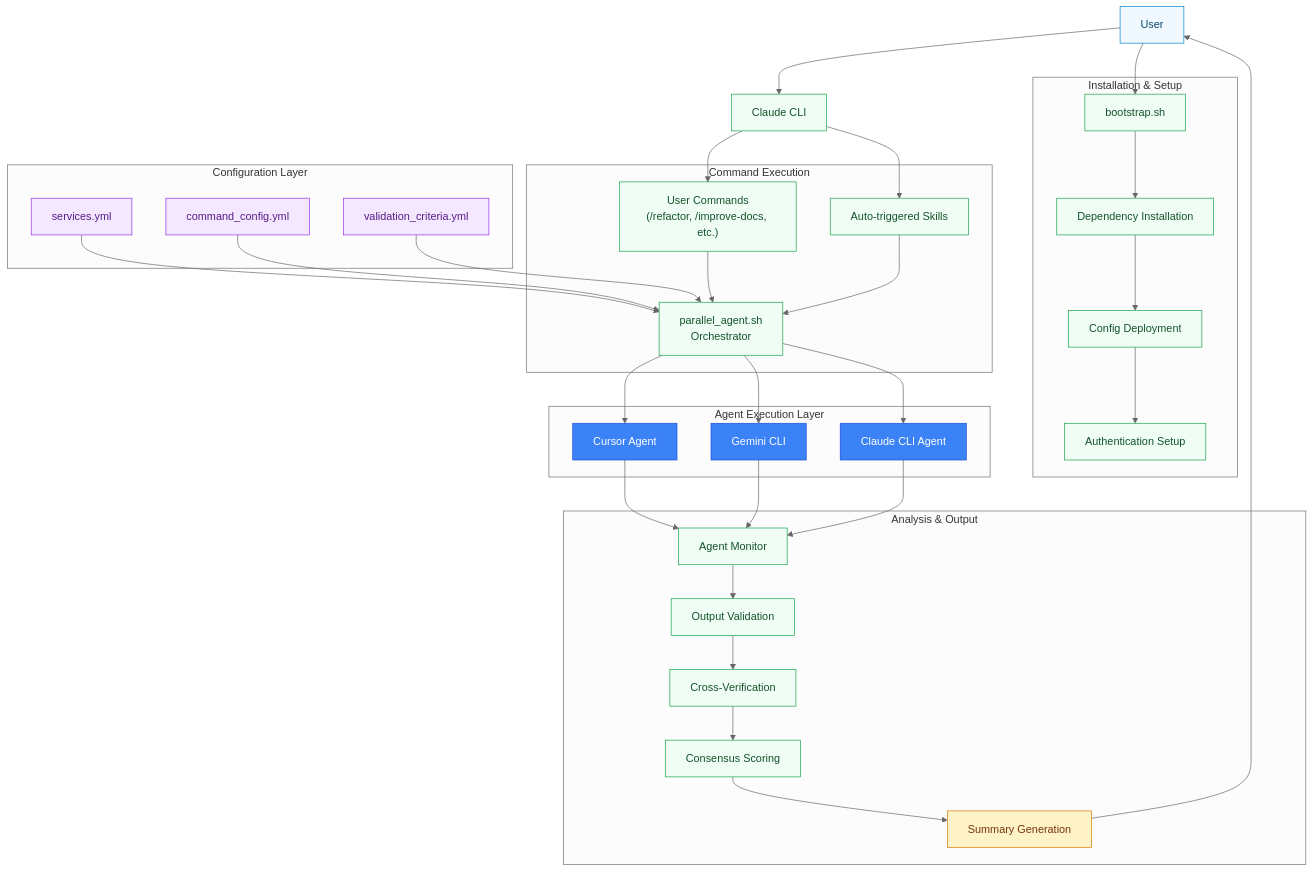
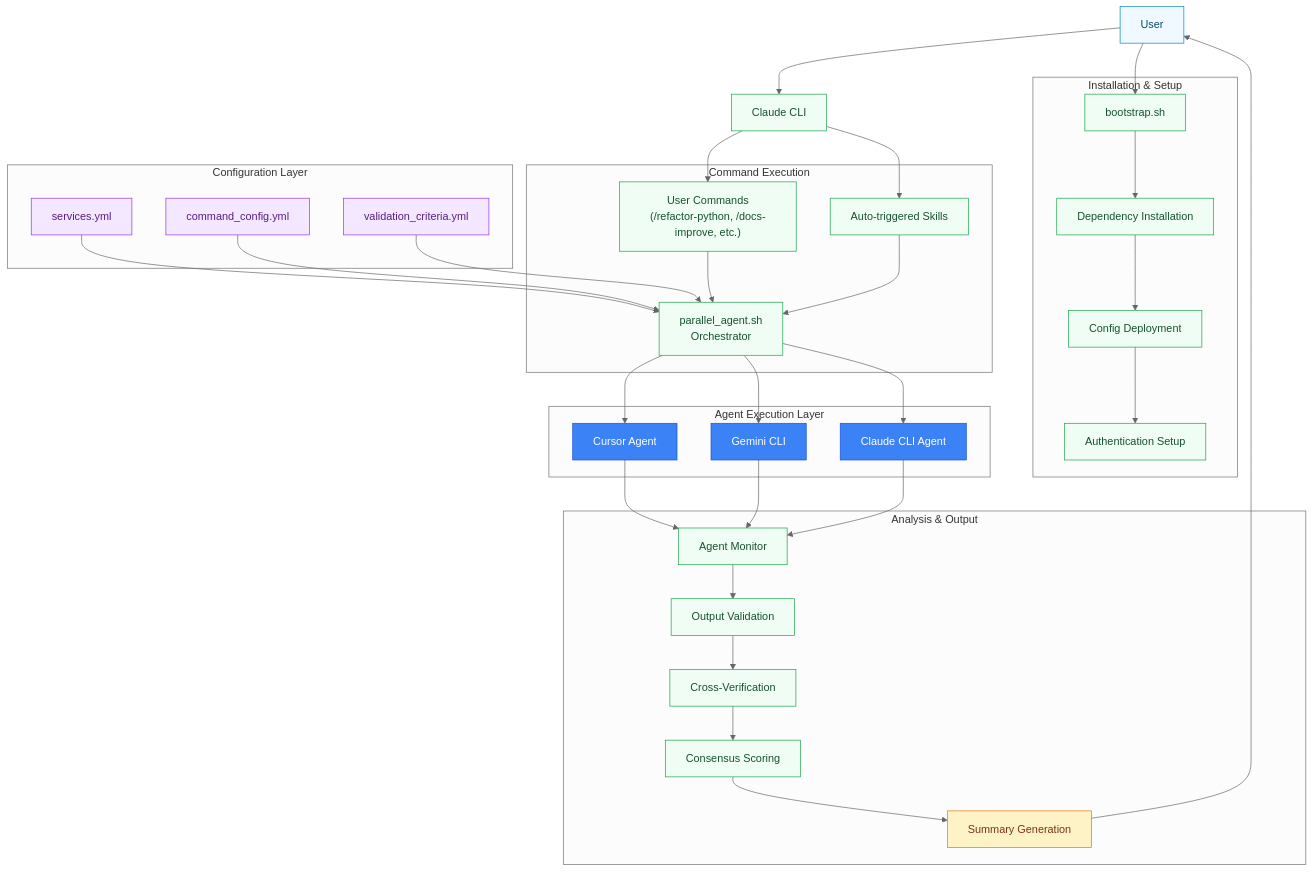
One commit to RB-chrismandich/Manifest changed the first of 9 diagrams in docs/ARCHITECTURE_DIAGRAMS.md. Above: the diagram before and after it, drawn with Mermaid. The commit also changed other lines of this file and 41 other files, not shown here.

````diff
--- a/docs/ARCHITECTURE_DIAGRAMS.md
+++ b/docs/ARCHITECTURE_DIAGRAMS.md
@@ -28,74 +28,74 @@
 ```mermaid
 %%{init: {'theme':'neutral'}}%%
 flowchart TB
     classDef input fill:#f0f9ff,stroke:#0284c7,color:#0c4a6e
     classDef process fill:#f0fdf4,stroke:#16a34a,color:#14532d
     classDef output fill:#fef3c7,stroke:#d97706,color:#78350f
     classDef config fill:#f3e8ff,stroke:#9333ea,color:#581c87
     classDef external fill:#3b82f6,stroke:#1d4ed8,color:#fff
 
     USER["User"]:::input
     BOOTSTRAP["bootstrap.sh"]:::process
     CLAUDE_CLI["Claude CLI"]:::process
 
     subgraph "Installation & Setup"
         BOOTSTRAP
         INSTALL["Dependency Installation"]:::process
         DEPLOY["Config Deployment"]:::process
         AUTH["Authentication Setup"]:::process
         BOOTSTRAP --> INSTALL --> DEPLOY --> AUTH
     end
 
     subgraph "Configuration Layer"
         SERVICES["services.yml"]:::config
         COMMAND_CFG["command_config.yml"]:::config
         VALIDATION["validation_criteria.yml"]:::config
     end
 
     subgraph "Command Execution"
         SKILL["Auto-triggered Skills"]:::process
-        COMMANDS["User Commands<br/>(/refactor, /improve-docs, etc.)"]:::process
+        COMMANDS["User Commands<br/>(/refactor-python, /docs-improve, etc.)"]:::process
         ORCHESTRATOR["parallel_agent.sh<br/>Orchestrator"]:::process
     end
 
     subgraph "Agent Execution Layer"
         CURSOR["Cursor Agent"]:::external
         GEMINI["Gemini CLI"]:::external
         CLAUDE_AGENT["Claude CLI Agent"]:::external
     end
 
     subgraph "Analysis & Output"
         MONITOR["Agent Monitor"]:::process
         VALIDATE_OUT["Output Validation"]:::process
         CROSS_VERIFY["Cross-Verification"]:::process
         SYNTHESIS["Consensus Scoring"]:::process
         SUMMARY["Summary Generation"]:::output
     end
 
     USER --> BOOTSTRAP
     USER --> CLAUDE_CLI
     CLAUDE_CLI --> SKILL
     CLAUDE_CLI --> COMMANDS
 
     SERVICES --> ORCHESTRATOR
     COMMAND_CFG --> ORCHESTRATOR
     VALIDATION --> ORCHESTRATOR
 
     COMMANDS --> ORCHESTRATOR
     SKILL --> ORCHESTRATOR
 
     ORCHESTRATOR --> CURSOR
     ORCHESTRATOR --> GEMINI
     ORCHESTRATOR --> CLAUDE_AGENT
 
     CURSOR --> MONITOR
     GEMINI --> MONITOR
     CLAUDE_AGENT --> MONITOR
 
     MONITOR --> VALIDATE_OUT
     VALIDATE_OUT --> CROSS_VERIFY
     CROSS_VERIFY --> SYNTHESIS
     SYNTHESIS --> SUMMARY
 
     SUMMARY --> USER
 ```
````
